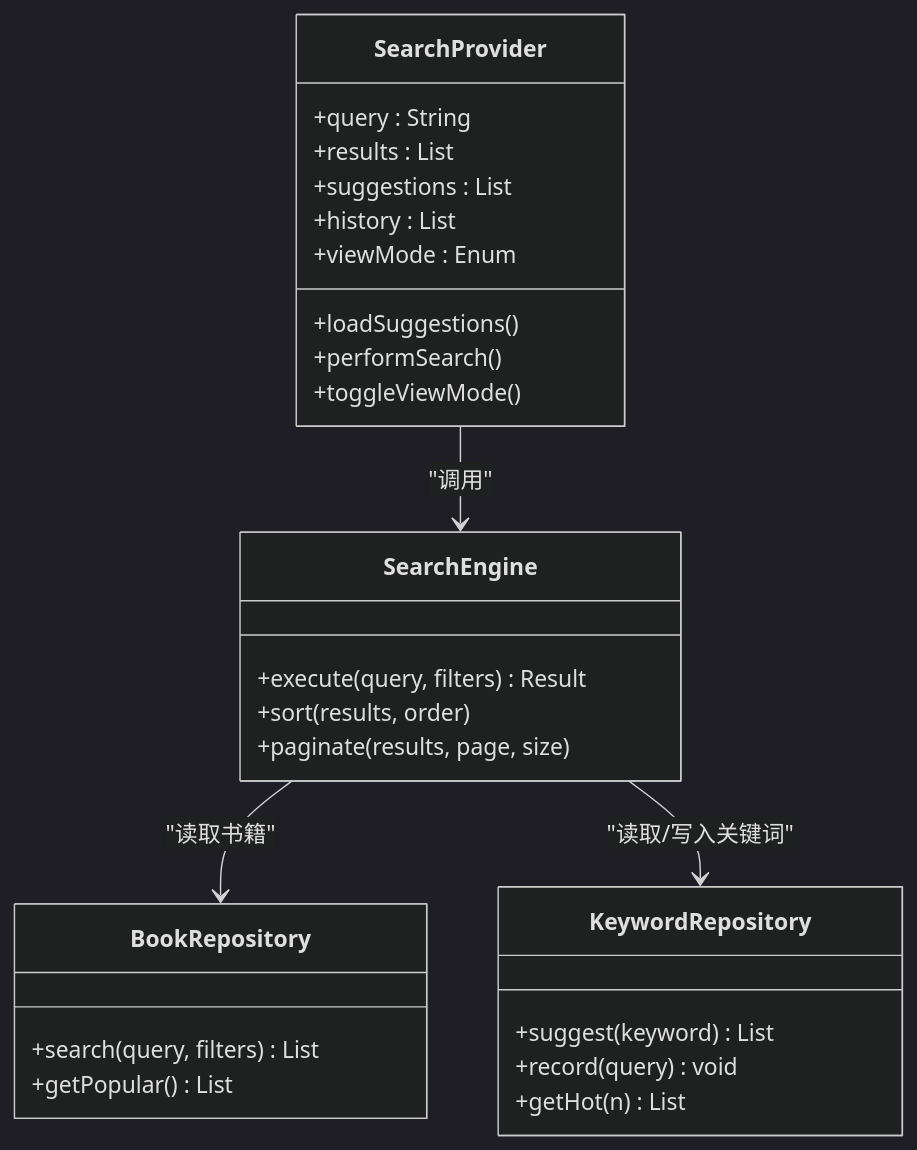
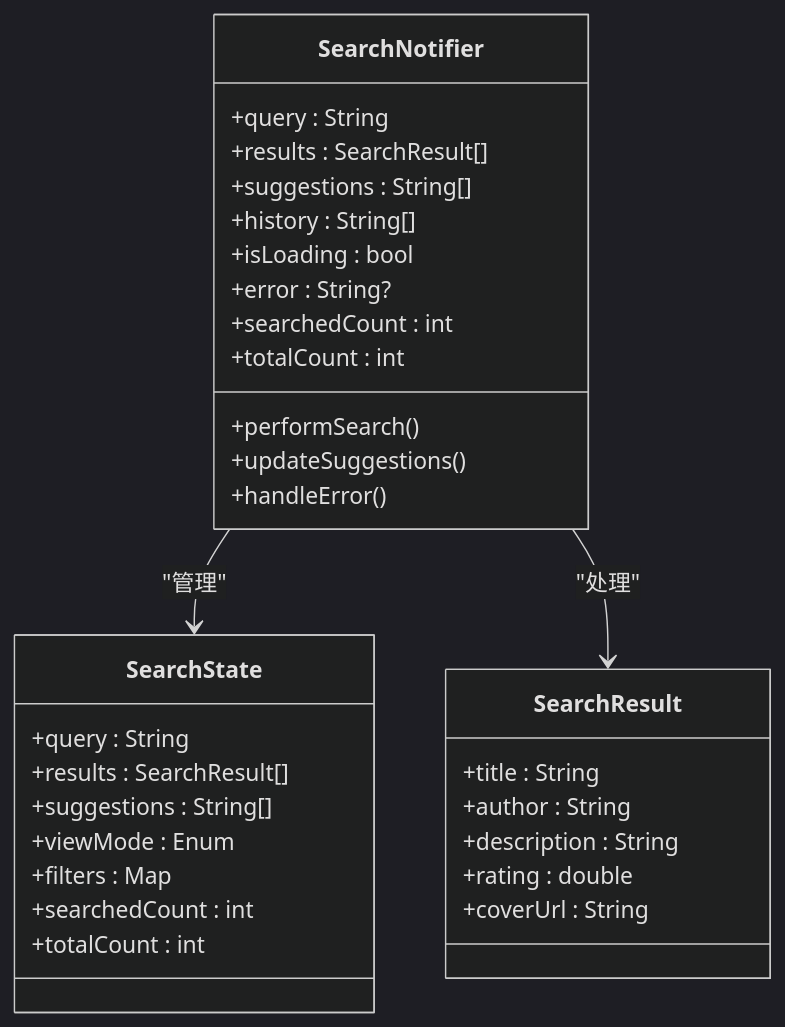
One commit to ZhangGHGitHub/LegadoTeamFlutter changed the sixth of 7 diagrams in .qoder/repowiki/zh/content/搜索功能/搜索界面组件/搜索界面组件.md. Above: the diagram before and after it, drawn with Mermaid (dark theme). The commit also changed other lines of this file and 173 other files, not shown here.

````diff
--- a/.qoder/repowiki/zh/content/搜索功能/搜索界面组件/搜索界面组件.md
+++ b/.qoder/repowiki/zh/content/搜索功能/搜索界面组件/搜索界面组件.md
@@ -201,30 +323,34 @@
 ```mermaid
 classDiagram
-class SearchProvider {
+class SearchNotifier {
 +query : String
-+results : List<Book>
-+suggestions : List<String>
-+history : List<String>
++results : SearchResult[]
++suggestions : String[]
++history : String[]
++isLoading : bool
++error : String?
++searchedCount : int
++totalCount : int
++performSearch()
++updateSuggestions()
++handleError()
+}
+class SearchState {
++query : String
++results : SearchResult[]
++suggestions : String[]
 +viewMode : Enum
-+loadSuggestions()
-+performSearch()
-+toggleViewMode()
++filters : Map
++searchedCount : int
++totalCount : int
 }
-class SearchEngine {
-+execute(query, filters) Result
-+sort(results, order)
-+paginate(results, page, size)
+class SearchResult {
++title : String
++author : String
++description : String
++rating : double
++coverUrl : String
 }
-class BookRepository {
-+search(query, filters) List<Book>
-+getPopular() List<Book>
-}
-class KeywordRepository {
-+suggest(keyword) List<String>
-+record(query) void
-+getHot(n) List<String>
-}
-SearchProvider --> SearchEngine : "调用"
-SearchEngine --> BookRepository : "读取书籍"
-SearchEngine --> KeywordRepository : "读取/写入关键词"
+SearchNotifier --> SearchState : "管理"
+SearchNotifier --> SearchResult : "处理"
 ```
````
